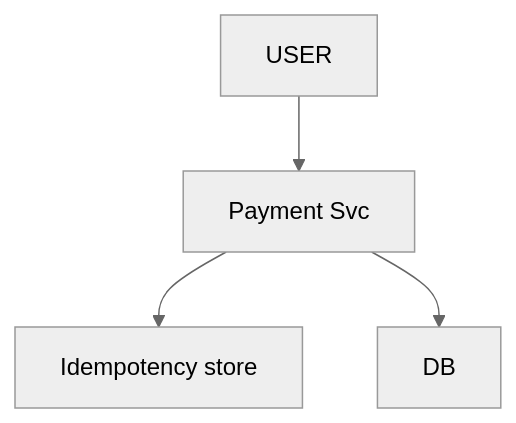
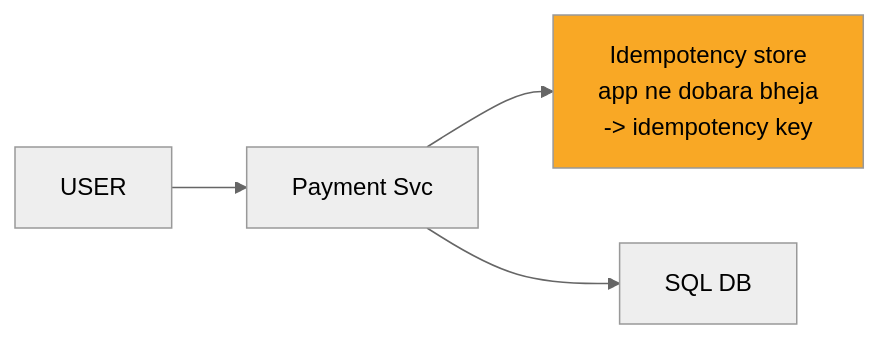
The fourth of 12 diagrams in 04_HLD/SYSTEM_DESIGNS/06_payment_system/06_payment_system.md (ArpanMaheshwari144/Prep), drawn with Mermaid (neutral theme) before and after one commit. The commit also changed other lines of this file and 2 other files, not shown here.

Commit message:
notification, payment, file upload: one-day story, short cards, follow-ups with rules, highlighted diagrams

````diff
--- a/04_HLD/SYSTEM_DESIGNS/06_payment_system/06_payment_system.md
+++ b/04_HLD/SYSTEM_DESIGNS/06_payment_system/06_payment_system.md
@@ -144,10 +166,11 @@
 ```mermaid
-flowchart TD
+flowchart LR
     n_USER["USER"]
     n_Payment_Svc["Payment Svc"]
-    n_Idempotency_store["Idempotency store"]
-    n_DB["DB"]
+    n_Idempotency_store["Idempotency store<br/>app ne dobara bheja<br/>-> idempotency key"]
+    n_DB["SQL DB"]
     n_USER --> n_Payment_Svc
     n_Payment_Svc --> n_Idempotency_store
     n_Payment_Svc --> n_DB
+    style n_Idempotency_store fill:#f9a825,color:#000
 ```
````
